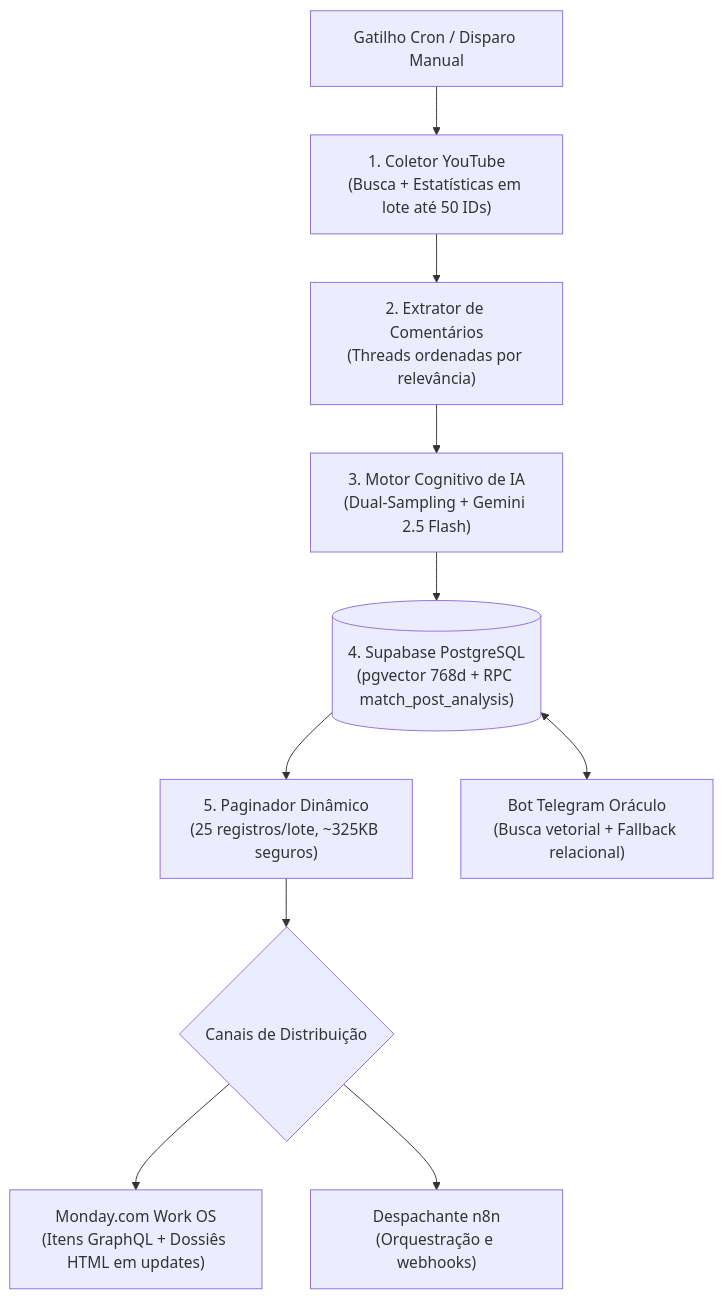
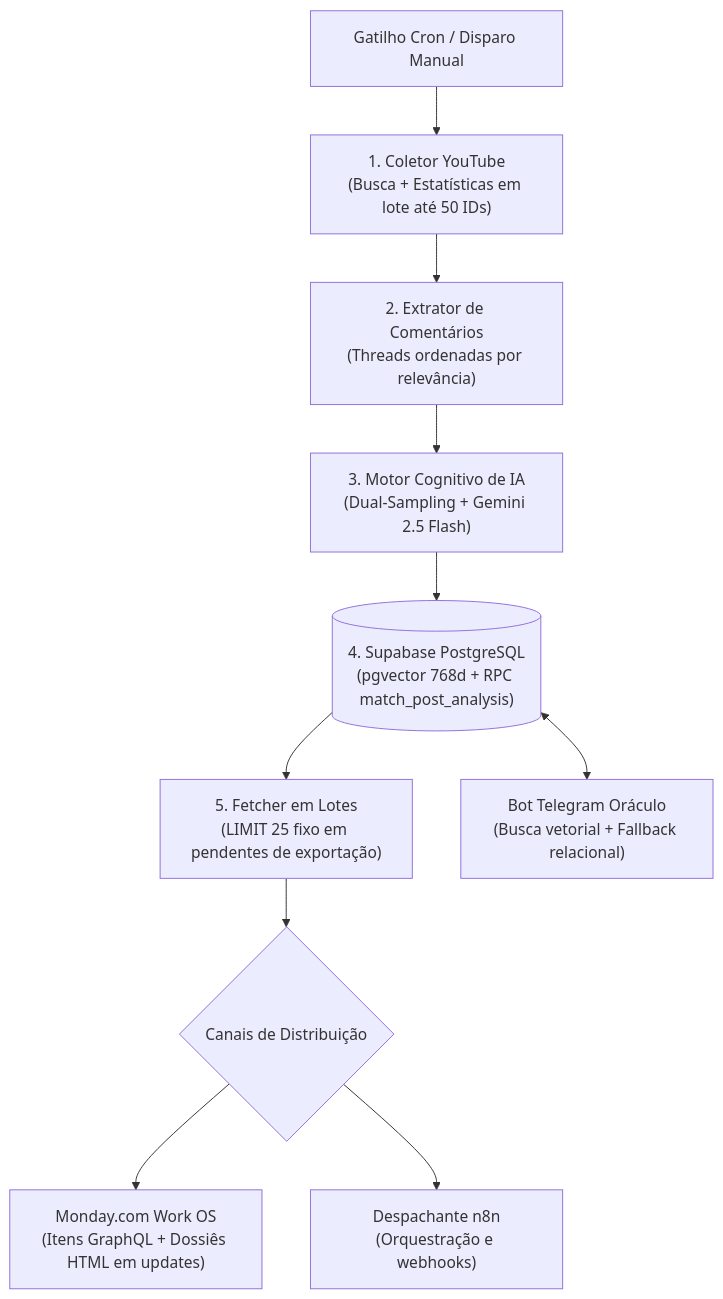
Before and after one commit to jraphaelcunha/trend-intelligence-engine: the diagram in README.pt-br.md, drawn with Mermaid. The commit also changed other lines of this file and 1 other file, not shown here.

Commit message:
docs: refine technical precision of pipeline execution, fetcher batching, and branch status

````diff
--- a/README.pt-br.md
+++ b/README.pt-br.md
@@ -44,12 +44,12 @@
 ```mermaid
 flowchart TD
     Cron["Gatilho Cron / Disparo Manual"] --> Collector["1. Coletor YouTube\n(Busca + Estatísticas em lote até 50 IDs)"]
     Collector --> Scraper["2. Extrator de Comentários\n(Threads ordenadas por relevância)"]
     Scraper --> Analyzer["3. Motor Cognitivo de IA\n(Dual-Sampling + Gemini 2.5 Flash)"]
     Analyzer --> Supabase[("4. Supabase PostgreSQL\n(pgvector 768d + RPC match_post_analysis)")]
-    Supabase --> Fetcher["5. Paginador Dinâmico\n(25 registros/lote, ~325KB seguros)"]
+    Supabase --> Fetcher["5. Fetcher em Lotes\n(LIMIT 25 fixo em pendentes de exportação)"]
     Fetcher --> Distribution{"Canais de Distribuição"}
     Distribution --> Monday["Monday.com Work OS\n(Itens GraphQL + Dossiês HTML em updates)"]
     Distribution --> N8N["Despachante n8n\n(Orquestração e webhooks)"]
     Supabase <--> Telegram["Bot Telegram Oráculo\n(Busca vetorial + Fallback relacional)"]
 ```
````
